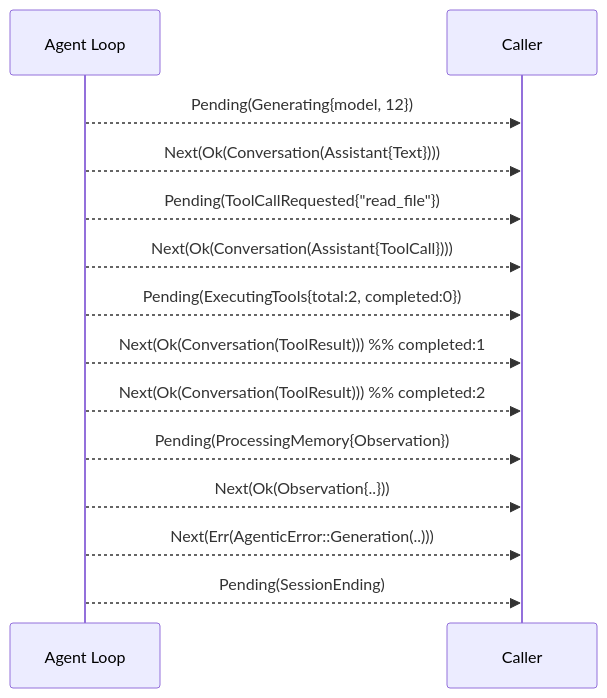
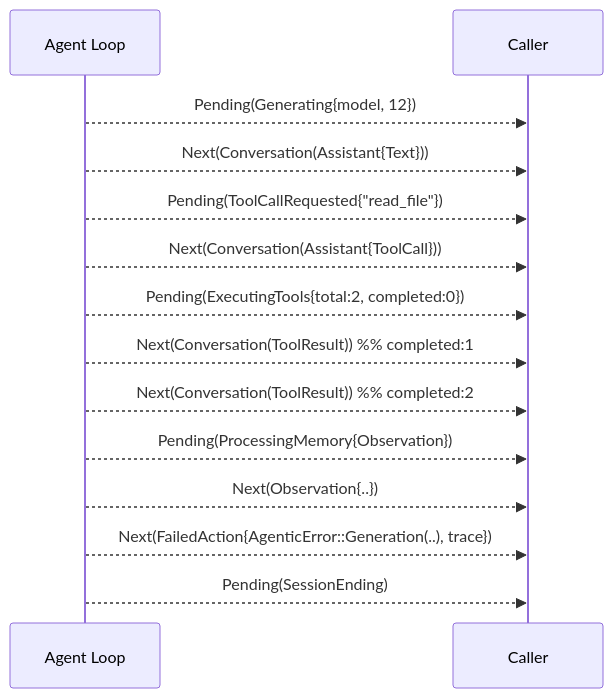
Before and after one commit to ewe-studios/ewe_platform: the diagram in specifications/36-agentic-api/features/02-agent-stream-contract/feature.md, drawn with Mermaid. The commit also changed other lines of this file and 35 other files, not shown here.

````diff
--- a/specifications/36-agentic-api/features/02-agent-stream-contract/feature.md
+++ b/specifications/36-agentic-api/features/02-agent-stream-contract/feature.md
@@ -121,16 +131,16 @@
 ```mermaid
 sequenceDiagram
     participant L as Agent Loop
     participant C as Caller
     L-->>C: Pending(Generating{model, 12})
-    L-->>C: Next(Ok(Conversation(Assistant{Text})))
+    L-->>C: Next(Conversation(Assistant{Text}))
     L-->>C: Pending(ToolCallRequested{"read_file"})
-    L-->>C: Next(Ok(Conversation(Assistant{ToolCall})))
+    L-->>C: Next(Conversation(Assistant{ToolCall}))
     L-->>C: Pending(ExecutingTools{total:2, completed:0})
-    L-->>C: Next(Ok(Conversation(ToolResult)))      %% completed:1
-    L-->>C: Next(Ok(Conversation(ToolResult)))      %% completed:2
+    L-->>C: Next(Conversation(ToolResult))      %% completed:1
+    L-->>C: Next(Conversation(ToolResult))      %% completed:2
     L-->>C: Pending(ProcessingMemory{Observation})
-    L-->>C: Next(Ok(Observation{..}))
-    L-->>C: Next(Err(AgenticError::Generation(..)))
+    L-->>C: Next(Observation{..})
+    L-->>C: Next(FailedAction{AgenticError::Generation(..), trace})
     L-->>C: Pending(SessionEnding)
 ```
````
